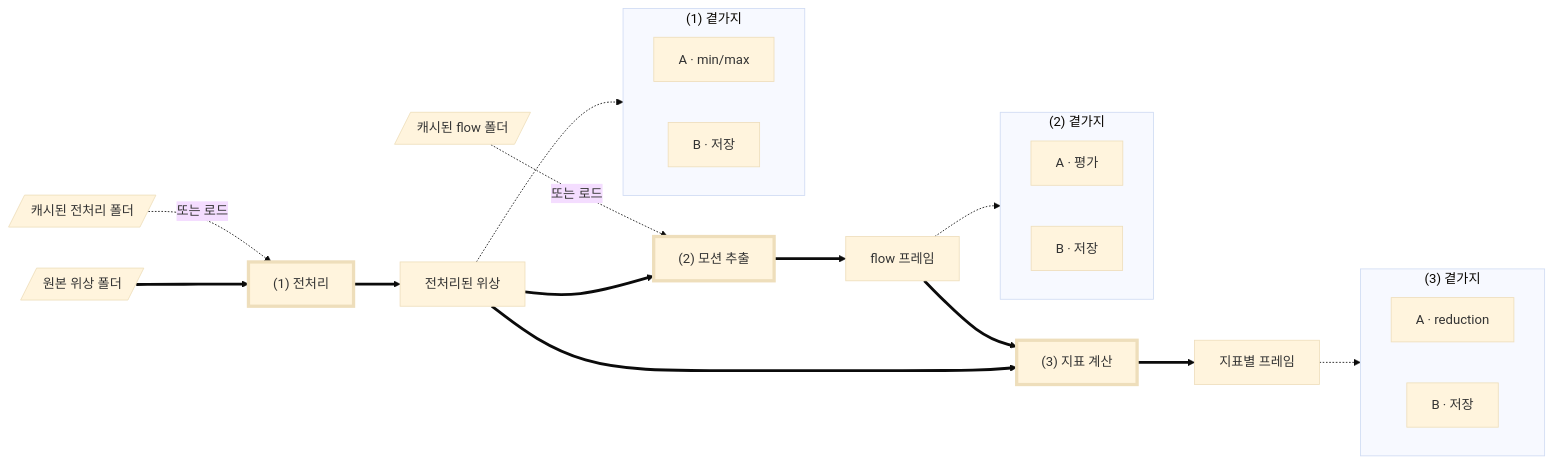
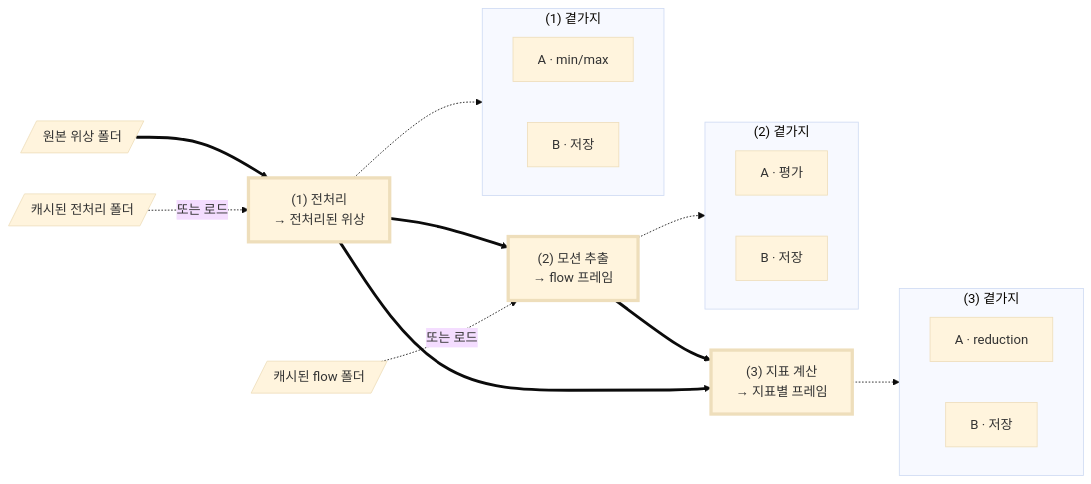
One commit to iivs-lab/cardiomyocytes changed the first of 2 diagrams in TODO.md. Above: the diagram before and after it, drawn with Mermaid (base theme).

Commit message:
📝 Fold each stage's output into the stage
A stage and the frame it produces were two boxes that always sat together
and always had one arrow between them, which spent half the diagram saying
nothing. One box each, named for the stage and what leaves it.

````diff
--- a/TODO.md
+++ b/TODO.md
@@ -26,37 +26,35 @@
 ```mermaid
 flowchart LR
   raw[/"원본 위상 폴더"/] ==> S1
   c1[/"캐시된 전처리 폴더"/] -. "또는 로드" .-> S1
-  S1["(1) 전처리"] ==> P["전처리된 위상"]
+  S1["(1) 전처리<br/>→ 전처리된 위상"] ==> S2
 
-  P ==> S2
   c2[/"캐시된 flow 폴더"/] -. "또는 로드" .-> S2
-  S2["(2) 모션 추출"] ==> FL["flow 프레임"]
+  S2["(2) 모션 추출<br/>→ flow 프레임"] ==> S3
 
-  P ==> S3
-  FL ==> S3["(3) 지표 계산"]
-  S3 ==> D["지표별 프레임"]
+  S1 ==> S3
+  S3["(3) 지표 계산<br/>→ 지표별 프레임"]
 
   subgraph H1 ["(1) 곁가지"]
     direction LR
     A1["A · min/max"]
     B1["B · 저장"]
   end
   subgraph H2 ["(2) 곁가지"]
     direction LR
     A2["A · 평가"]
     B2["B · 저장"]
   end
   subgraph H3 ["(3) 곁가지"]
     direction LR
     A3["A · reduction"]
     B3["B · 저장"]
   end
 
-  P -.-> H1
-  FL -.-> H2
-  D -.-> H3
+  S1 -.-> H1
+  S2 -.-> H2
+  S3 -.-> H3
 
   classDef stage stroke-width:4px
   class S1,S2,S3 stage
 ```
````
